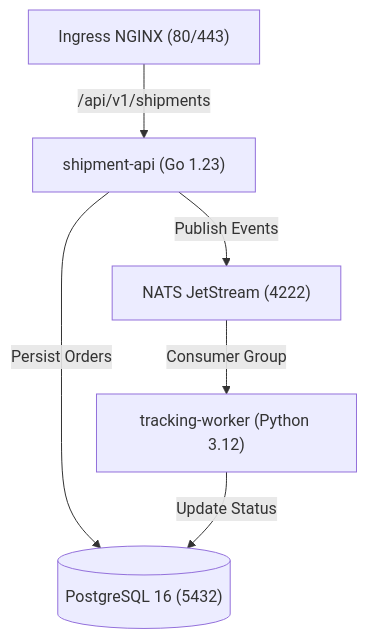
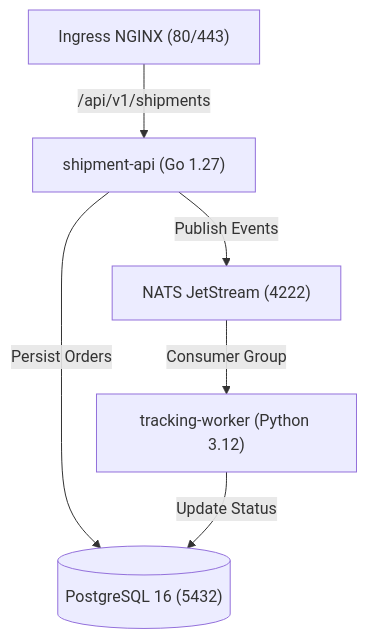
Before and after one commit to AAAmer91/kube-delivery-platform: the diagram in docs/KUBERNETES.md, drawn with Mermaid. The commit also changed 10 other files, not shown here.

````diff
--- a/docs/KUBERNETES.md
+++ b/docs/KUBERNETES.md
@@ -9,8 +9,8 @@
 ```mermaid
 graph TD
-    Ingress["Ingress NGINX (80/443)"] -->|/api/v1/shipments| API["shipment-api (Go 1.23)"]
+    Ingress["Ingress NGINX (80/443)"] -->|/api/v1/shipments| API["shipment-api (Go 1.27)"]
     API -->|Publish Events| NATS["NATS JetStream (4222)"]
     API -->|Persist Orders| DB[("PostgreSQL 16 (5432)")]
     NATS -->|Consumer Group| Worker["tracking-worker (Python 3.12)"]
     Worker -->|Update Status| DB
 ```
````
